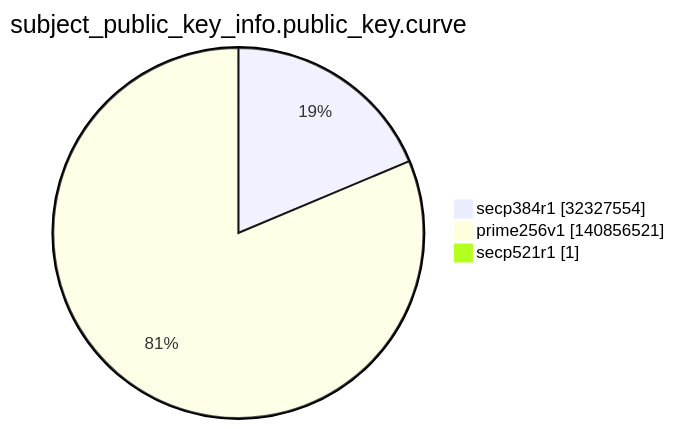
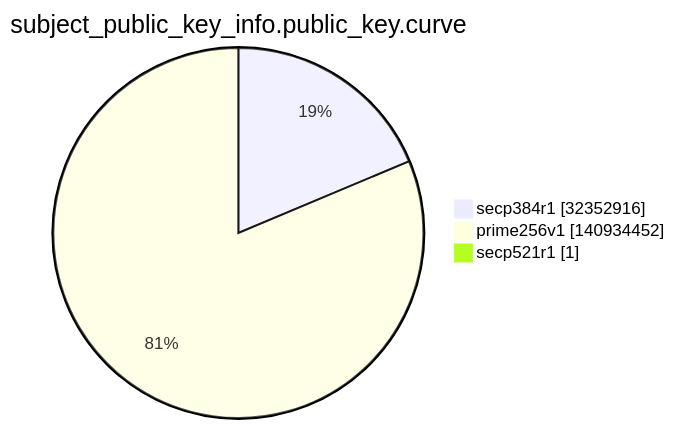
The ninth of 15 diagrams in argon2022/README.md (christiankrug/ctmonitor_visualization), drawn with Mermaid before and after one commit. The commit also changed other lines of this file, not shown here.

````diff
--- a/argon2022/README.md
+++ b/argon2022/README.md
@@ -2762,7 +2763,7 @@
 ```mermaid
 pie showData
 title subject_public_key_info.public_key.curve
-"secp384r1" :32327554
-"prime256v1" :140856521
+"secp384r1" :32352916
+"prime256v1" :140934452
 "secp521r1" :1
 ```
````
